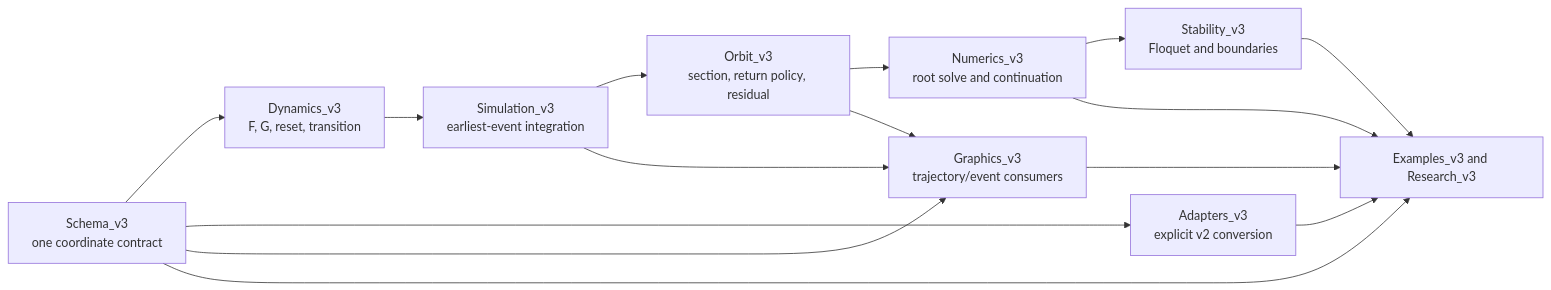
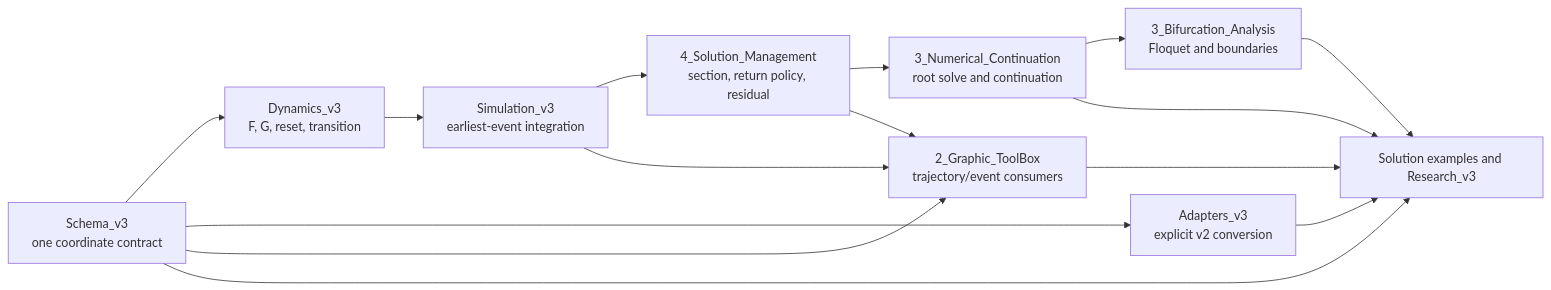
Before and after one commit to DLARlab/SLIP_Model_Zoo: the diagram in SLIP_Quadruped_v3/README_v3.md, drawn with Mermaid. The commit also changed other lines of this file and 2290 other files, not shown here.

````diff
--- a/SLIP_Quadruped_v3/README_v3.md
+++ b/SLIP_Quadruped_v3/README_v3.md
@@ -34,24 +90,24 @@
 ```mermaid
 flowchart LR
     S["Schema_v3<br/>one coordinate contract"]
     A["Adapters_v3<br/>explicit v2 conversion"]
     D["Dynamics_v3<br/>F, G, reset, transition"]
     M["Simulation_v3<br/>earliest-event integration"]
-    O["Orbit_v3<br/>section, return policy, residual"]
-    N["Numerics_v3<br/>root solve and continuation"]
-    T["Stability_v3<br/>Floquet and boundaries"]
-    G["Graphics_v3<br/>trajectory/event consumers"]
-    E["Examples_v3 and Research_v3"]
+    O["4_Solution_Management<br/>section, return policy, residual"]
+    N["3_Numerical_Continuation<br/>root solve and continuation"]
+    T["3_Bifurcation_Analysis<br/>Floquet and boundaries"]
+    G["2_Graphic_ToolBox<br/>trajectory/event consumers"]
+    E["Solution examples and Research_v3"]
 
     S --> D
     S --> A
     S --> G
     S --> E
     A --> E
     D --> M --> O --> N --> T
     M --> G
     O --> G
     N --> E
     T --> E
     G --> E
 ```
````
